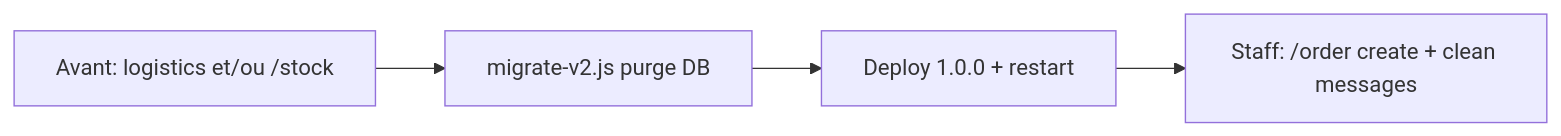
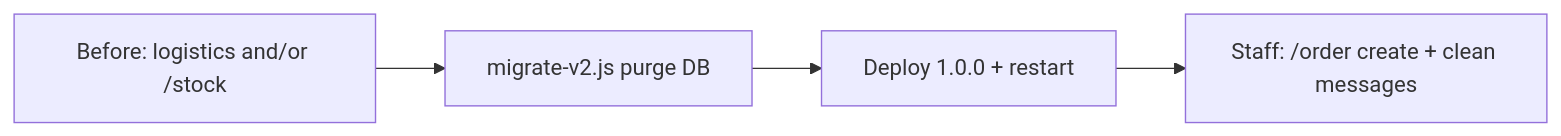
The diagram in docs/MIGRATION.md (Jokod/discord-bot-foxhole), drawn with Mermaid before and after one commit. The commit also changed other lines of this file and 17 other files, not shown here.

````diff
--- a/docs/MIGRATION.md
+++ b/docs/MIGRATION.md
@@ -35,8 +35,8 @@
 ```mermaid
 flowchart LR
-  Old["Avant: logistics et/ou /stock"]
+  Old["Before: logistics and/or /stock"]
   Migrate["migrate-v2.js purge DB"]
   Deploy["Deploy 1.0.0 + restart"]
   Recreate["Staff: /order create + clean messages"]
   Old --> Migrate --> Deploy --> Recreate
 ```
````
